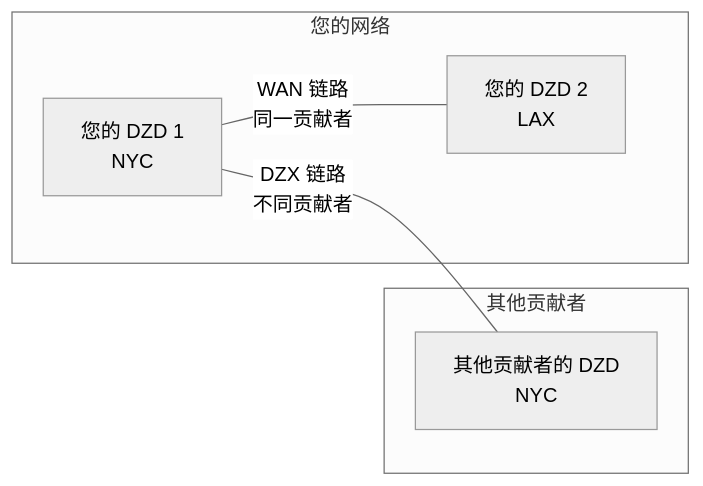
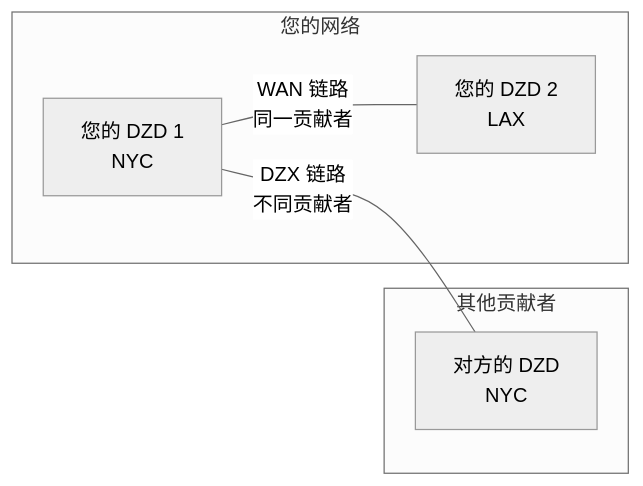
Before and after one commit to malbeclabs/docs: diagram 11 of 13 in docs/contribute-provisioning.zh.md, drawn with Mermaid (neutral theme). The commit also changed other lines of this file and 130 other files, not shown here.

````diff
--- a/docs/contribute-provisioning.zh.md
+++ b/docs/contribute-provisioning.zh.md
@@ -647,14 +647,14 @@
 ```mermaid
 flowchart LR
     subgraph "您的网络"
         D1[您的 DZD 1<br/>NYC]
         D2[您的 DZD 2<br/>LAX]
     end
 
     subgraph "其他贡献者"
-        O1[其他贡献者的 DZD<br/>NYC]
+        O1[对方的 DZD<br/>NYC]
     end
 
     D1 ---|WAN 链路<br/>同一贡献者| D2
     D1 ---|DZX 链路<br/>不同贡献者| O1
 ```
````
